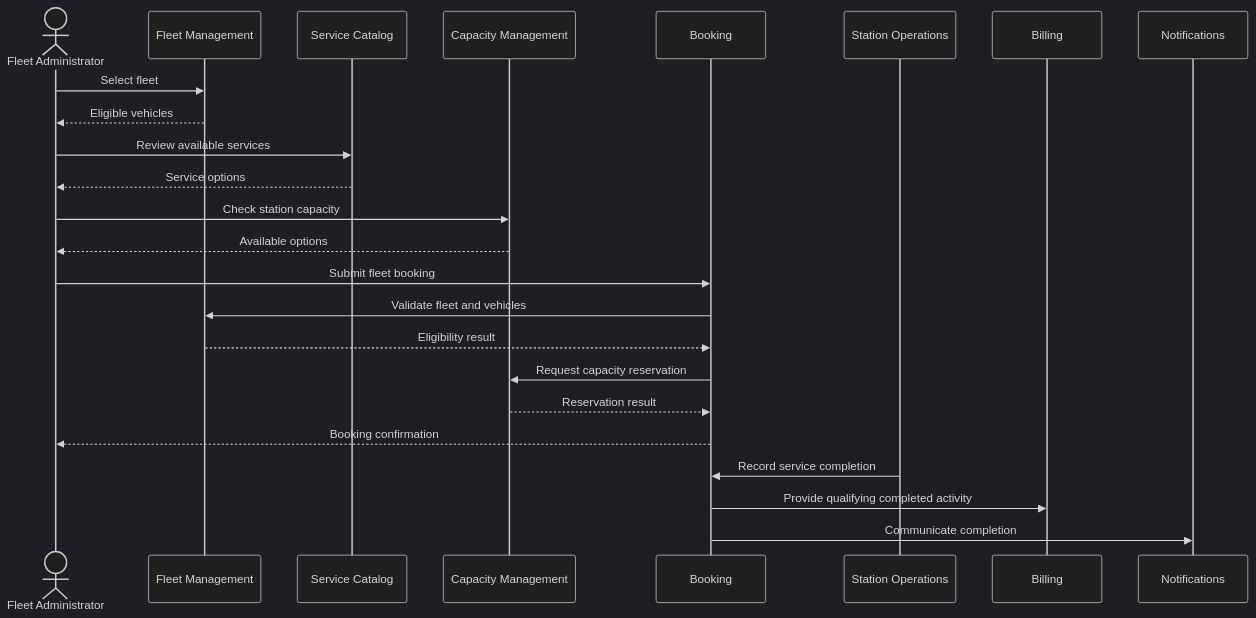
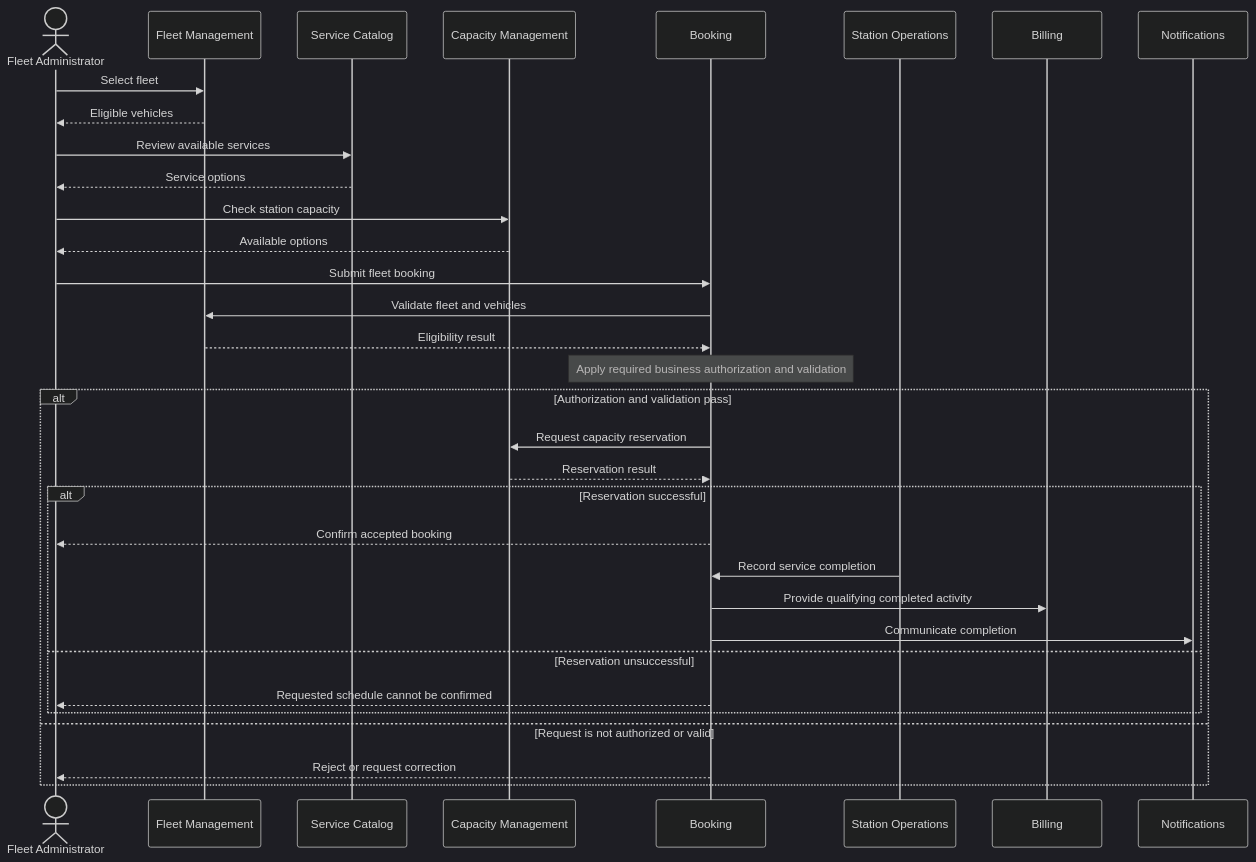
Before and after one commit to sheikh-zeeshan/Enterprise-AI-Engineering-Handbook: the sixth of 13 diagrams in book/46-business-domain.md, drawn with Mermaid (dark theme). The commit also changed other lines of this file and 3 other files, not shown here.

````diff
--- a/book/46-business-domain.md
+++ b/book/46-business-domain.md
@@ -2610,35 +2637,40 @@
 ```mermaid
 sequenceDiagram
     actor Admin as Fleet Administrator
     participant Fleet as Fleet Management
     participant Catalog as Service Catalog
     participant Capacity as Capacity Management
     participant Booking as Booking
     participant Station as Station Operations
     participant Billing as Billing
     participant Notify as Notifications
 
     Admin->>Fleet: Select fleet
     Fleet-->>Admin: Eligible vehicles
 
     Admin->>Catalog: Review available services
     Catalog-->>Admin: Service options
 
     Admin->>Capacity: Check station capacity
     Capacity-->>Admin: Available options
 
     Admin->>Booking: Submit fleet booking
 
     Booking->>Fleet: Validate fleet and vehicles
     Fleet-->>Booking: Eligibility result
-
-    Booking->>Capacity: Request capacity reservation
-    Capacity-->>Booking: Reservation result
-
-    Booking-->>Admin: Booking confirmation
-
-    Station->>Booking: Record service completion
-
-    Booking->>Billing: Provide qualifying completed activity
-    Booking->>Notify: Communicate completion
+    Note over Booking: Apply required business authorization and validation
+    alt Authorization and validation pass
+        Booking->>Capacity: Request capacity reservation
+        Capacity-->>Booking: Reservation result
+        alt Reservation successful
+            Booking-->>Admin: Confirm accepted booking
+            Station->>Booking: Record service completion
+            Booking->>Billing: Provide qualifying completed activity
+            Booking->>Notify: Communicate completion
+        else Reservation unsuccessful
+            Booking-->>Admin: Requested schedule cannot be confirmed
+        end
+    else Request is not authorized or valid
+        Booking-->>Admin: Reject or request correction
+    end
 ```
````
